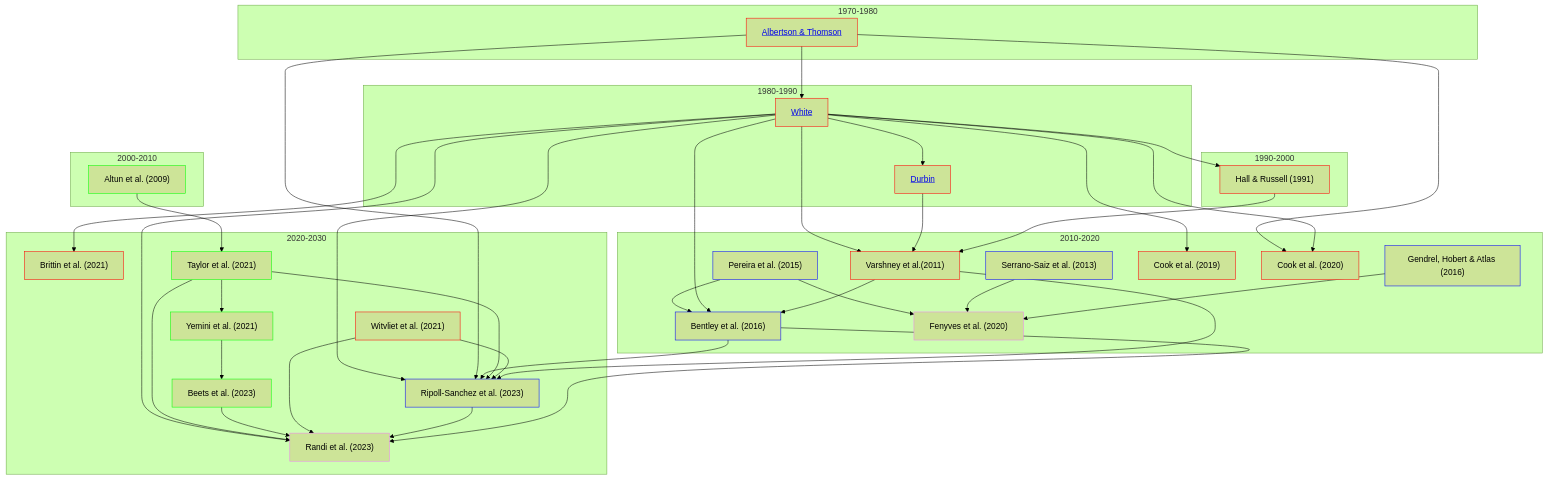
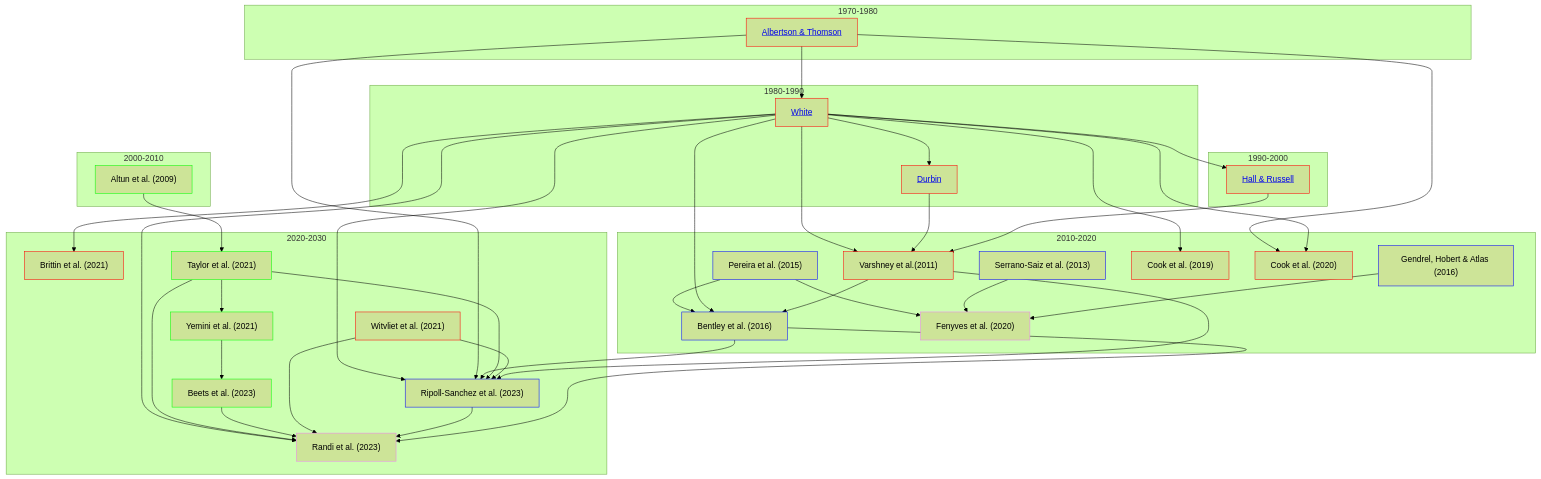
One commit to yasinthanvickneswaran/mermaidtest changed the diagram in README.md. Above: the diagram before and after it, drawn with Mermaid (forest theme).

````diff
--- a/README.md
+++ b/README.md
@@ -1,68 +1,68 @@
 ```mermaid
 flowchart TD
     classDef anat stroke:#f00
     classDef gene stroke:#0f0
     classDef es stroke:#00f
     classDef func stroke:#ee82ee
 
 
     subgraph 1970-1980
     A1[<a href='https://github.com/yasinthanvickneswaran/ConnectomeToolbox/blob/main/docs/Albertson_Thompson_1976.md' >Albertson & Thomson</a>]:::anat
     end
     subgraph 1980-1990
     A[<a href='https://github.com/yasinthanvickneswaran/ConnectomeToolbox/blob/main/docs/White_1986.md' >White</a>]:::anat & B[<a href='https://github.com/yasinthanvickneswaran/ConnectomeToolbox/blob/main/docs/Durbin_1987.md' >Durbin</a>]:::anat
     end
 
     subgraph 1990-2000
     A2[<a href='https://github.com/yasinthanvickneswaran/ConnectomeToolbox/blob/main/docs/Hall_1991.md' >Hall & Russell</a>]:::anat
     end
 
     subgraph 2000-2010
     C
     end
     subgraph 2010-2020
     D & E & E1 & E2 & F & G & H & I
     end
     subgraph 2020-2030
     J & K & L & M & N & P & NP
     end     
 
 
     E --> H["Fenyves et al. (2020)"]:::func
     E1["Serrano-Saiz et al. (2013)"]:::es --> H
     E2["Gendrel, Hobert & Atlas (2016)"]:::es --> H
     K["Witvliet et al. (2021)"]:::anat
     E["Pereira et al. (2015)"]:::es --> F["Bentley et al. (2016)"]:::es
 
     C["Altun et al. (2009)"]:::gene --> L["Taylor et al. (2021)"]:::gene
     L --> M["Yemini et al. (2021)"]:::gene
     M --> N["Beets et al. (2023)"]:::gene
 
     A --> B
     A1 --> A
     A1 --> I
-    A  --> A2["Hall & Russell (1991)"]:::anat
+    A  --> A2
     A --> D["Varshney et al.(2011)"]:::anat
     B --> D
     A2 --> D
     A --> G["Cook et al. (2019)"]:::anat
     A --> I["Cook et al. (2020)"]:::anat
     A --> J["Brittin et al. (2021)"]:::anat
     A --> F
     D --> F
     A --> NP["Ripoll-Sanchez et al. (2023)"]:::es
     A1 --> NP
     F --> NP
     L --> NP
     K --> NP
     D --> NP
     A --> P["Randi et al. (2023)"]:::func
     L --> P
     N --> P
     K --> P
     NP --> P
     F --> P
 
     
     
 ```
````
